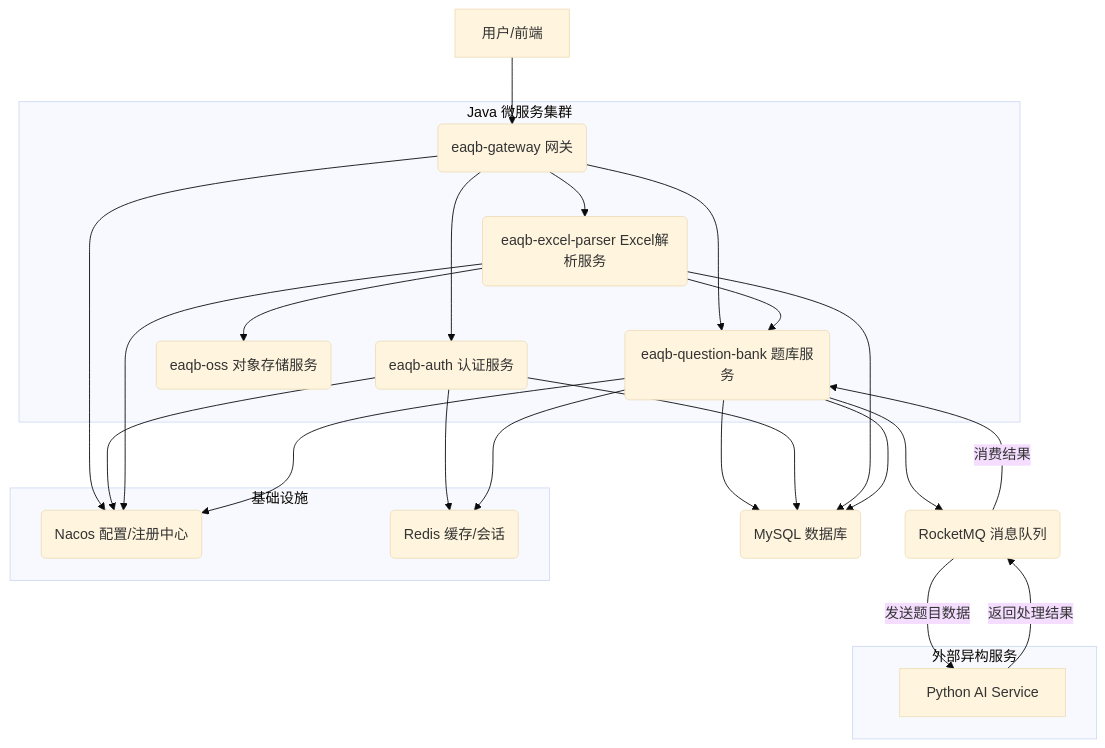
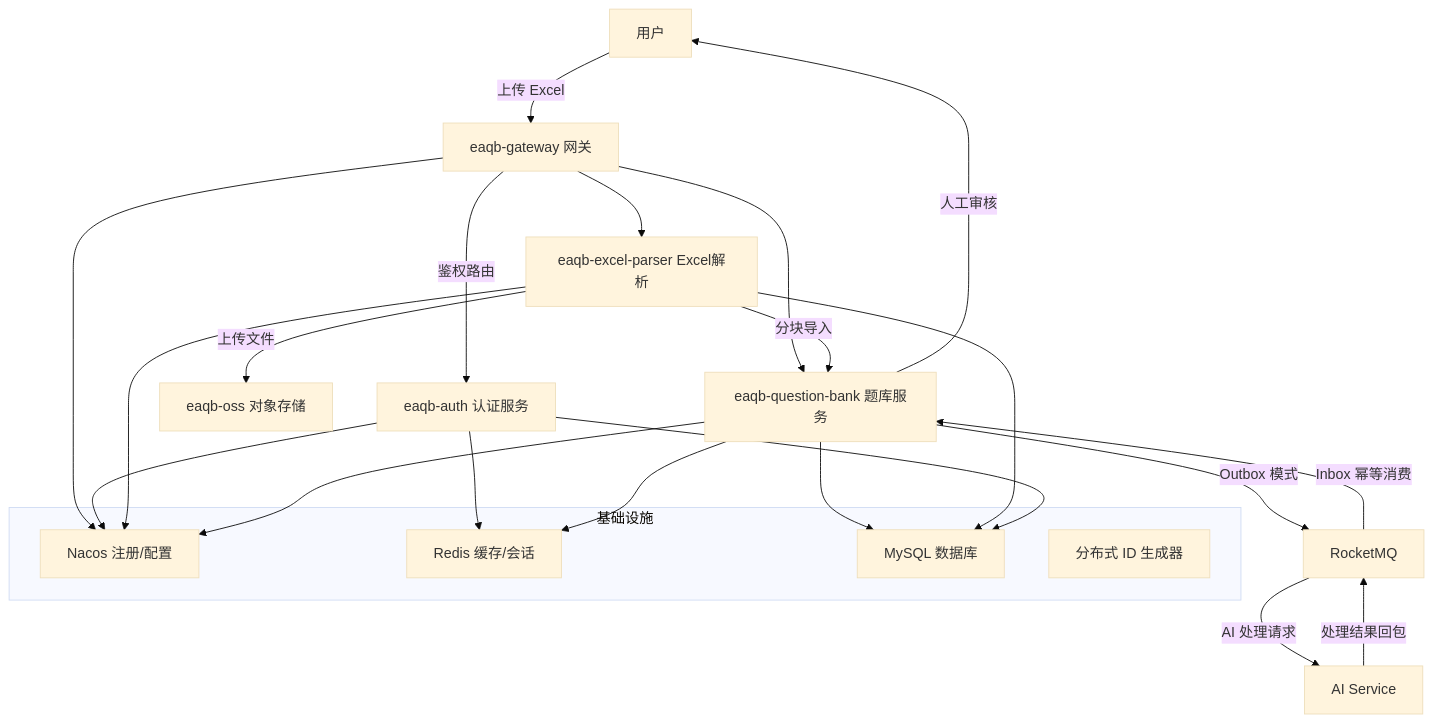
Before and after one commit to zshs000/ExcelAIQ-Bank: the diagram in README.md, drawn with Mermaid (base theme). The commit also changed other lines of this file and 1 other file, not shown here.

````diff
--- a/README.md
+++ b/README.md
@@ -13,45 +11,32 @@
 ```mermaid
 graph TD
-    A[用户/前端] --> B(eaqb-gateway 网关);
+    A[用户] -->|上传 Excel| B[eaqb-gateway 网关]
+    B -->|鉴权路由| C[eaqb-auth 认证服务]
+    B --> D[eaqb-excel-parser Excel解析]
+    B --> E[eaqb-question-bank 题库服务]
 
-    subgraph Java 微服务集群
-        B
-        C(eaqb-auth 认证服务)
-        D(eaqb-excel-parser Excel解析服务)
-        E(eaqb-question-bank 题库服务)
-        F(eaqb-oss 对象存储服务)
+    D -->|上传文件| F[eaqb-oss 对象存储]
+    D -->|分块导入| E
+    E -->|Outbox 模式| G[RocketMQ]
+    G -->|AI 处理请求| H[AI Service]
+    H -->|处理结果回包| G
+    G -->|Inbox 幂等消费| E
+    E -->|人工审核| A
+
+    subgraph 基础设施
+        I[Nacos 注册/配置]
+        J[Redis 缓存/会话]
+        K[MySQL 数据库]
+        L[分布式 ID 生成器]
     end
 
-    B --> C;
-    B --> D;
-    B --> E;
-
-    D --> F;
-    D --> E;
-
-    E --> G(RocketMQ 消息队列);
-    E --> H(MySQL 数据库);
-
-    subgraph 外部异构服务
-        I[Python AI Service]
-    end
-
-    G -- 发送题目数据 --> I;
-    I -- 返回处理结果 --> G;
-    G -- 消费结果 --> E;
-
-    subgraph 基础设施
-        N(Nacos 配置/注册中心)
-        R(Redis 缓存/会话)
-    end
-
-    C --> H;
-    D --> H;
-    E --> H;
-    C --> R;
-    E --> R;
-    B --> N;
-    C --> N;
-    D --> N;
-    E --> N;
+    C --> J
+    E --> J
+    E --> K
+    D --> K
+    C --> K
+    B --> I
+    C --> I
+    D --> I
+    E --> I
 ```
````
